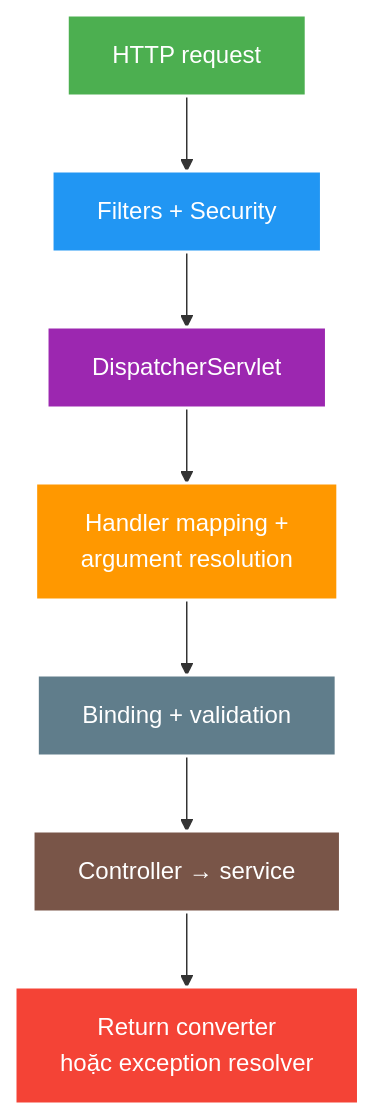
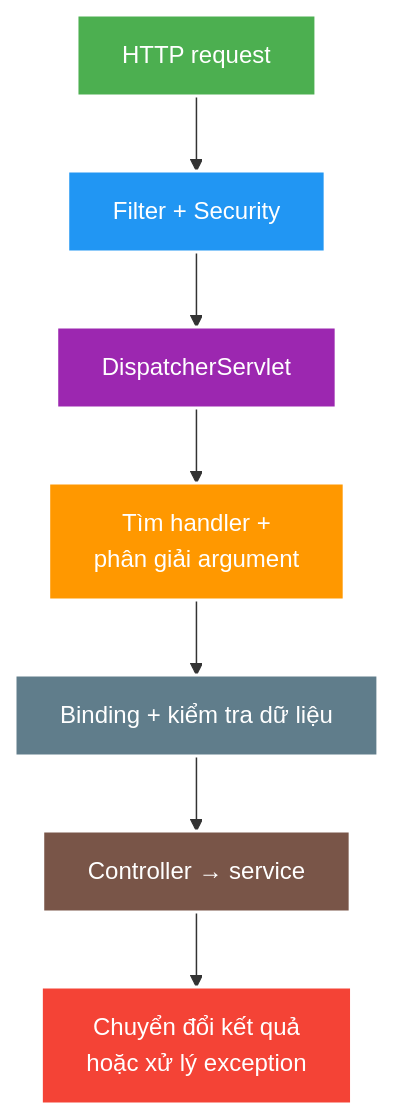
Before and after one commit to HungPhan200591/live-stream-backend: the diagram in docs/learning/topics/spring/theory/core/mvc-request-pipeline-validation-and-error-handling.md, drawn with Mermaid. The commit also changed other lines of this file and 177 other files, not shown here.

````diff
--- a/docs/learning/topics/spring/theory/core/mvc-request-pipeline-validation-and-error-handling.md
+++ b/docs/learning/topics/spring/theory/core/mvc-request-pipeline-validation-and-error-handling.md
@@ -30,16 +30,16 @@
 ```mermaid
 flowchart TB
-    H["HTTP request"] --> F["Filters + Security"]
+    H["HTTP request"] --> F["Filter + Security"]
     F --> D["DispatcherServlet"]
-    D --> R["Handler mapping +<br/>argument resolution"]
-    R --> V["Binding + validation"]
+    D --> R["Tìm handler +<br/>phân giải argument"]
+    R --> V["Binding + kiểm tra dữ liệu"]
     V --> C["Controller → service"]
-    C --> O["Return converter<br/>hoặc exception resolver"]
+    C --> O["Chuyển đổi kết quả<br/>hoặc xử lý exception"]
     style H fill:#4CAF50,stroke:#fff,stroke-width:2px,color:#fff
     style F fill:#2196F3,stroke:#fff,stroke-width:2px,color:#fff
     style D fill:#9C27B0,stroke:#fff,stroke-width:2px,color:#fff
     style R fill:#FF9800,stroke:#fff,stroke-width:2px,color:#fff
     style V fill:#607D8B,stroke:#fff,stroke-width:2px,color:#fff
     style C fill:#795548,stroke:#fff,stroke-width:2px,color:#fff
     style O fill:#F44336,stroke:#fff,stroke-width:2px,color:#fff
 ```
````
